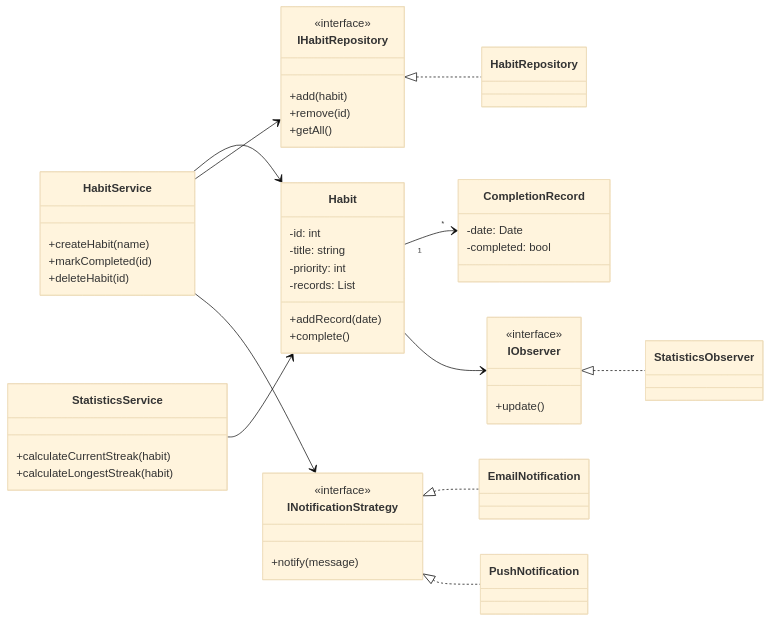
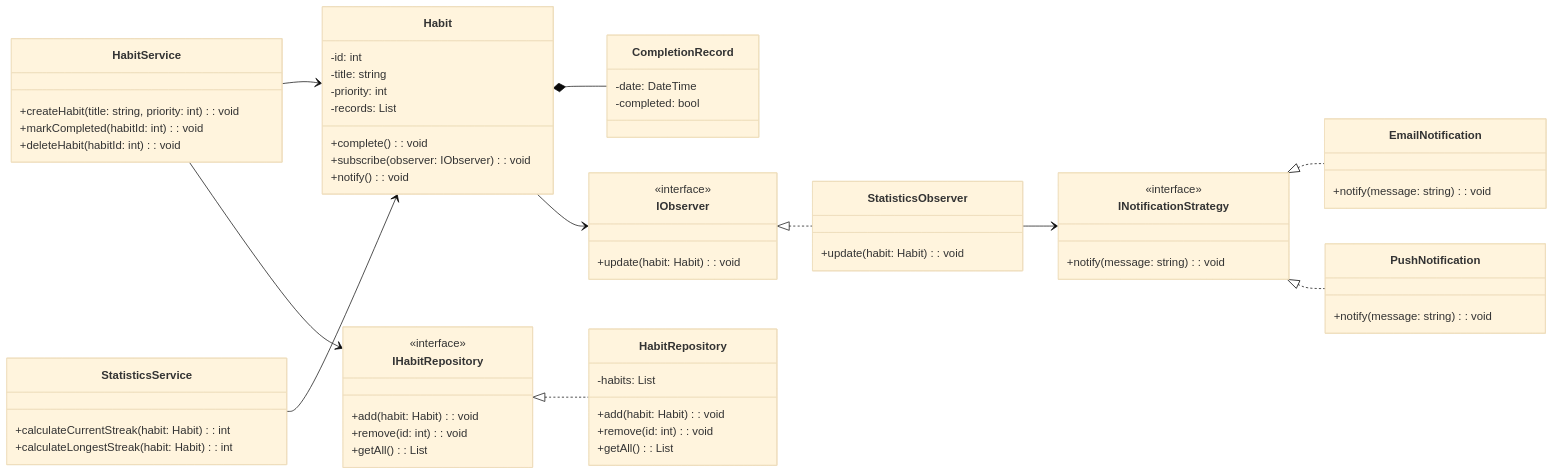
Before and after one commit to vakuliukpipz23-glitch/Kyrsova-OOP: the diagram in README.md, drawn with Mermaid (base theme).

````diff
--- a/README.md
+++ b/README.md
@@ -3,82 +3,104 @@
 direction LR
 
 %% =====================
-%% CORE DOMAIN
+%% DOMAIN MODEL
 %% =====================
+
 class Habit {
     -id: int
     -title: string
     -priority: int
     -records: List<CompletionRecord>
-    +addRecord(date)
-    +complete()
+    +complete(): void
+    +subscribe(observer: IObserver): void
+    +notify(): void
 }
 
 class CompletionRecord {
-    -date: Date
+    -date: DateTime
     -completed: bool
 }
 
-Habit "1" --> "*" CompletionRecord
+Habit *-- CompletionRecord
+
 
 %% =====================
 %% SERVICE LAYER
 %% =====================
+
 class HabitService {
-    +createHabit(name)
-    +markCompleted(id)
-    +deleteHabit(id)
+    +createHabit(title: string, priority: int): void
+    +markCompleted(habitId: int): void
+    +deleteHabit(habitId: int): void
 }
 
 class StatisticsService {
-    +calculateCurrentStreak(habit)
-    +calculateLongestStreak(habit)
+    +calculateCurrentStreak(habit: Habit): int
+    +calculateLongestStreak(habit: Habit): int
 }
 
 HabitService --> Habit
 StatisticsService --> Habit
 
+
 %% =====================
-%% REPOSITORY (Pattern 1)
+%% REPOSITORY PATTERN
 %% =====================
+
 class IHabitRepository {
     <<interface>>
-    +add(habit)
-    +remove(id)
-    +getAll()
+    +add(habit: Habit): void
+    +remove(id: int): void
+    +getAll(): List<Habit>
 }
 
-class HabitRepository
+class HabitRepository {
+    -habits: List<Habit>
+    +add(habit: Habit): void
+    +remove(id: int): void
+    +getAll(): List<Habit>
+}
 
 IHabitRepository <|.. HabitRepository
 HabitService --> IHabitRepository
 
+
 %% =====================
-%% STRATEGY (Pattern 2)
+%% OBSERVER PATTERN
 %% =====================
+
+class IObserver {
+    <<interface>>
+    +update(habit: Habit): void
+}
+
+class StatisticsObserver {
+    +update(habit: Habit): void
+}
+
+IObserver <|.. StatisticsObserver
+Habit --> IObserver
+
+
+%% =====================
+%% STRATEGY PATTERN
+%% =====================
+
 class INotificationStrategy {
     <<interface>>
-    +notify(message)
+    +notify(message: string): void
 }
 
-class EmailNotification
-class PushNotification
+class EmailNotification {
+    +notify(message: string): void
+}
+
+class PushNotification {
+    +notify(message: string): void
+}
 
 INotificationStrategy <|.. EmailNotification
 INotificationStrategy <|.. PushNotification
 
-HabitService --> INotificationStrategy
-
-%% =====================
-%% OBSERVER (Pattern 3)
-%% =====================
-class IObserver {
-    <<interface>>
-    +update()
-}
-
-class StatisticsObserver
-
-IObserver <|.. StatisticsObserver
-Habit --> IObserver
+StatisticsObserver --> INotificationStrategy
 ```
````
